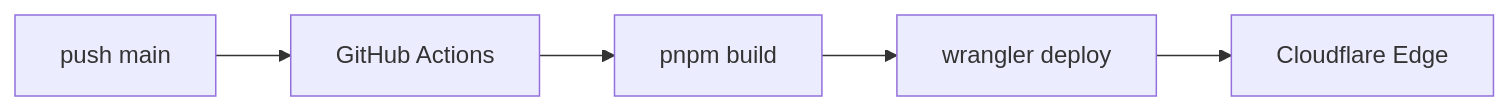
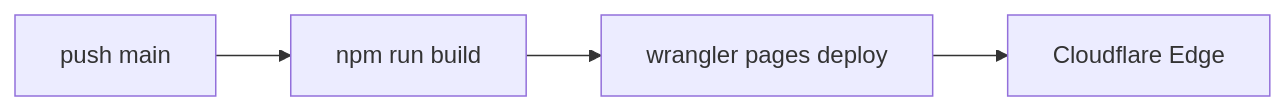
Before and after one commit to liujuntao123/concept-map-generator: the second of 3 diagrams in docs/02-tech-architecture.md, drawn with Mermaid. The commit also changed other lines of this file and 15 other files, not shown here.

````diff
--- a/docs/02-tech-architecture.md
+++ b/docs/02-tech-architecture.md
@@ -140,7 +139,6 @@
 ```mermaid
 flowchart LR
-  Push[push main] --> GHA[GitHub Actions]
-  GHA --> Build[pnpm build]
-  Build --> Deploy[wrangler deploy]
+  Push[push main] --> Build[npm run build]
+  Build --> Deploy[wrangler pages deploy]
   Deploy --> Edge[Cloudflare Edge]
 ```
````
